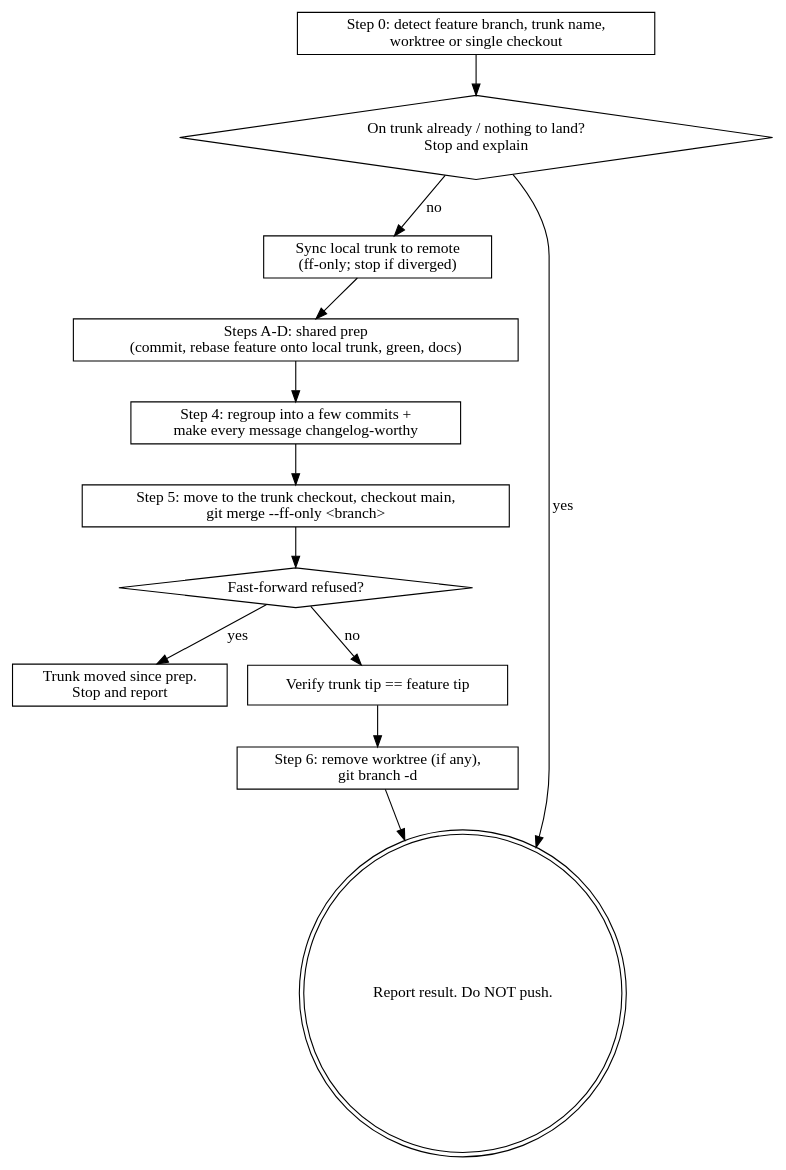
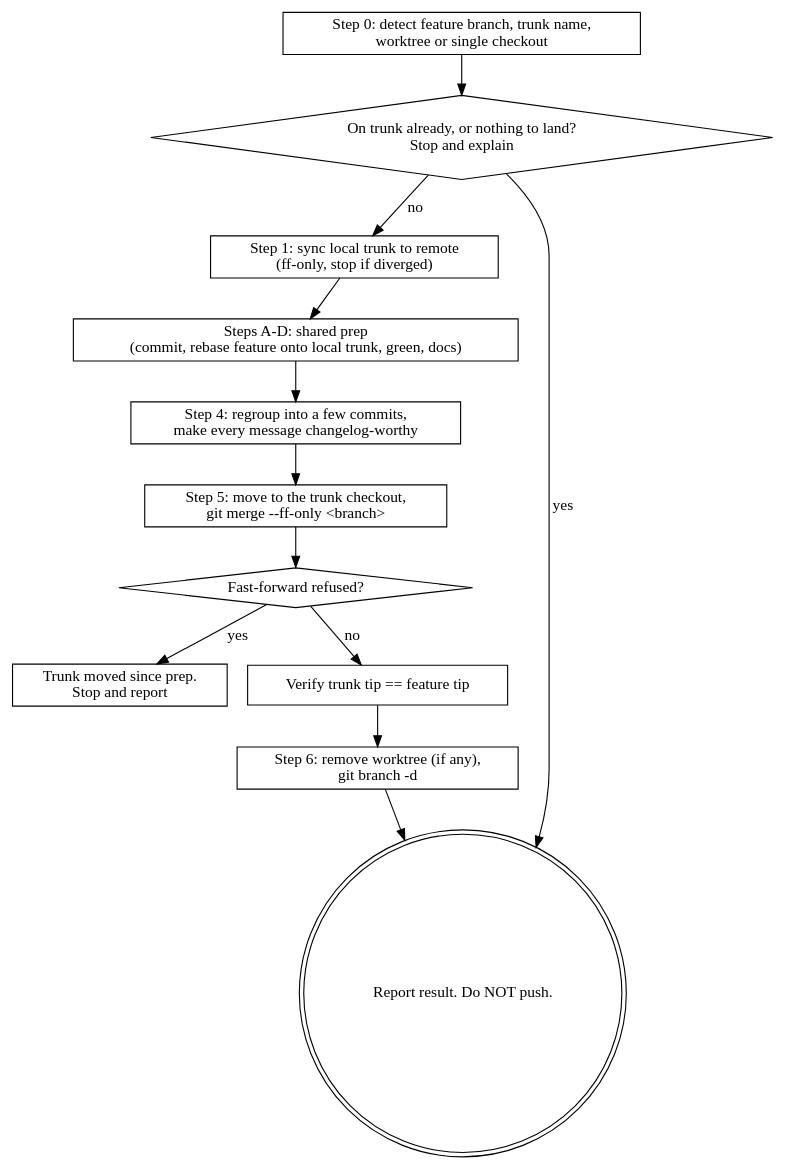
One commit to natelandau/cc-plugin changed the diagram in plugins/natelandau-toolkit/skills/fast-forward/SKILL.md. Above: the diagram before and after it, drawn with Graphviz. The commit also changed other lines of this file and 26 other files, not shown here.

````diff
--- a/plugins/natelandau-toolkit/skills/fast-forward/SKILL.md
+++ b/plugins/natelandau-toolkit/skills/fast-forward/SKILL.md
@@ -63,24 +41,24 @@
 ```dot
 digraph fast_forward {
   rankdir=TB; node [shape=box];
   detect   [label="Step 0: detect feature branch, trunk name,\nworktree or single checkout"];
-  refuse   [label="On trunk already / nothing to land?\nStop and explain" shape=diamond];
-  sync     [label="Sync local trunk to remote\n(ff-only; stop if diverged)"];
+  refuse   [label="On trunk already, or nothing to land?\nStop and explain" shape=diamond];
+  sync     [label="Step 1: sync local trunk to remote\n(ff-only, stop if diverged)"];
   prep     [label="Steps A-D: shared prep\n(commit, rebase feature onto local trunk, green, docs)"];
-  regroup  [label="Step 4: regroup into a few commits +\nmake every message changelog-worthy"];
-  goto     [label="Step 5: move to the trunk checkout, checkout main,\ngit merge --ff-only <branch>"];
+  regroup  [label="Step 4: regroup into a few commits,\nmake every message changelog-worthy"];
+  goto     [label="Step 5: move to the trunk checkout,\ngit merge --ff-only <branch>"];
   fffail   [label="Fast-forward refused?" shape=diamond];
   stop     [label="Trunk moved since prep.\nStop and report"];
   verify   [label="Verify trunk tip == feature tip"];
   cleanup  [label="Step 6: remove worktree (if any),\ngit branch -d"];
   done     [label="Report result. Do NOT push." shape=doublecircle];
 
   detect -> refuse;
   refuse -> done [label="yes"];
   refuse -> sync [label="no"];
   sync -> prep -> regroup -> goto -> fffail;
   fffail -> stop [label="yes"];
   fffail -> verify [label="no"];
   verify -> cleanup -> done;
 }
 ```
````
